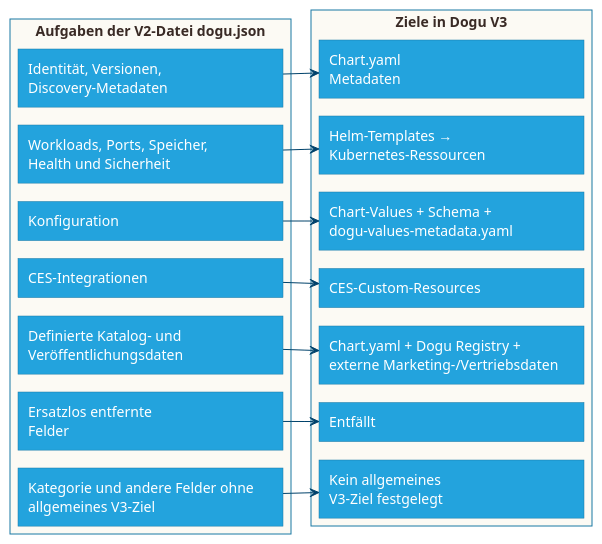
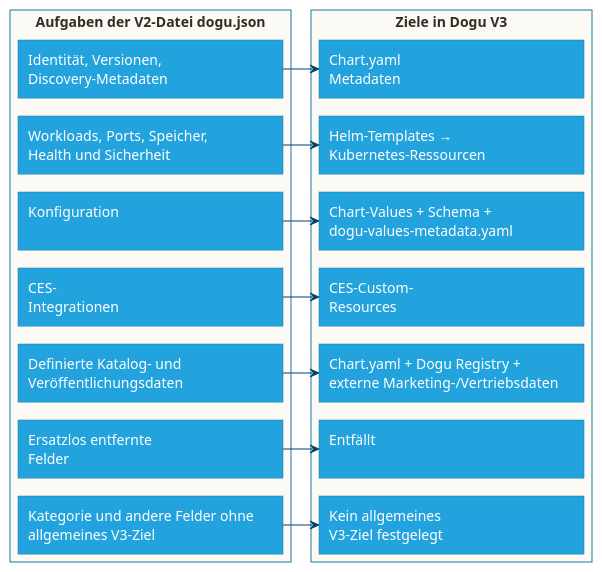
Before and after one commit to cloudogu/dogu-development-docs: the diagram in docs/v3/images/dogu-json-to-v3_de.puml, drawn with PlantUML. The commit also changed 3 other files, not shown here.

Commit message:
#90 Align dogu-json-to-v3 diagram boxes to equal height

```diff
--- a/docs/v3/images/dogu-json-to-v3_de.puml
+++ b/docs/v3/images/dogu-json-to-v3_de.puml
@@ -1,71 +1,71 @@
 @startuml
 !pragma layout smetana
 skinparam backgroundColor white
 skinparam defaultFontColor #392A25
 skinparam ArrowColor #00426B
 skinparam rectangleBorderColor #1978A3
 skinparam rectangleBackgroundColor #23A3DD
 skinparam rectangleRoundCorner 0
 skinparam shadowing false
 hide stereotype
 left to right direction
 
 <style>
 rectangle {
   FontColor white
   .group {
     BackgroundColor #FCFAF4
     FontColor #392A25
     LineColor #1978A3
     HorizontalAlignment left
   }
   .mapping {
     MinimumWidth 245
     MinimumHeight 50
     HorizontalAlignment left
   }
 }
 </style>
 
 rectangle "Aufgaben der V2-Datei dogu.json" as v2 <<group>> {
   rectangle "Identität, Versionen,\nDiscovery-Metadaten" as a <<mapping>>
   rectangle "Workloads, Ports, Speicher,\nHealth und Sicherheit" as b <<mapping>>
-  rectangle "Konfiguration" as c <<mapping>>
-  rectangle "CES-Integrationen" as d <<mapping>>
+  rectangle "Konfiguration\n " as c <<mapping>>
+  rectangle "CES-\nIntegrationen" as d <<mapping>>
   rectangle "Definierte Katalog- und\nVeröffentlichungsdaten" as e <<mapping>>
   rectangle "Ersatzlos entfernte\nFelder" as f <<mapping>>
   rectangle "Kategorie und andere Felder ohne\nallgemeines V3-Ziel" as g <<mapping>>
 
   g -[hidden]right-> f
   f -[hidden]right-> e
   e -[hidden]right-> d
   d -[hidden]right-> c
   c -[hidden]right-> b
   b -[hidden]right-> a
 }
 
 rectangle "Ziele in Dogu V3" as v3 <<group>> {
   rectangle "Chart.yaml\nMetadaten" as chart <<mapping>>
   rectangle "Helm-Templates →\nKubernetes-Ressourcen" as helm <<mapping>>
   rectangle "Chart-Values + Schema +\ndogu-values-metadata.yaml" as config <<mapping>>
-  rectangle "CES-Custom-Resources" as ces <<mapping>>
+  rectangle "CES-Custom-\nResources" as ces <<mapping>>
   rectangle "Chart.yaml + Dogu Registry +\nexterne Marketing-/Vertriebsdaten" as registry <<mapping>>
-  rectangle "Entfällt" as removed <<mapping>>
+  rectangle "Entfällt\n " as removed <<mapping>>
   rectangle "Kein allgemeines\nV3-Ziel festgelegt" as noGeneral <<mapping>>
 
   noGeneral -[hidden]right-> removed
   removed -[hidden]right-> registry
   registry -[hidden]right-> ces
   ces -[hidden]right-> config
   config -[hidden]right-> helm
   helm -[hidden]right-> chart
 }
 
 a --> chart
 b --> helm
 c --> config
 d --> ces
 e --> registry
 f --> removed
 g --> noGeneral
 @enduml
```
